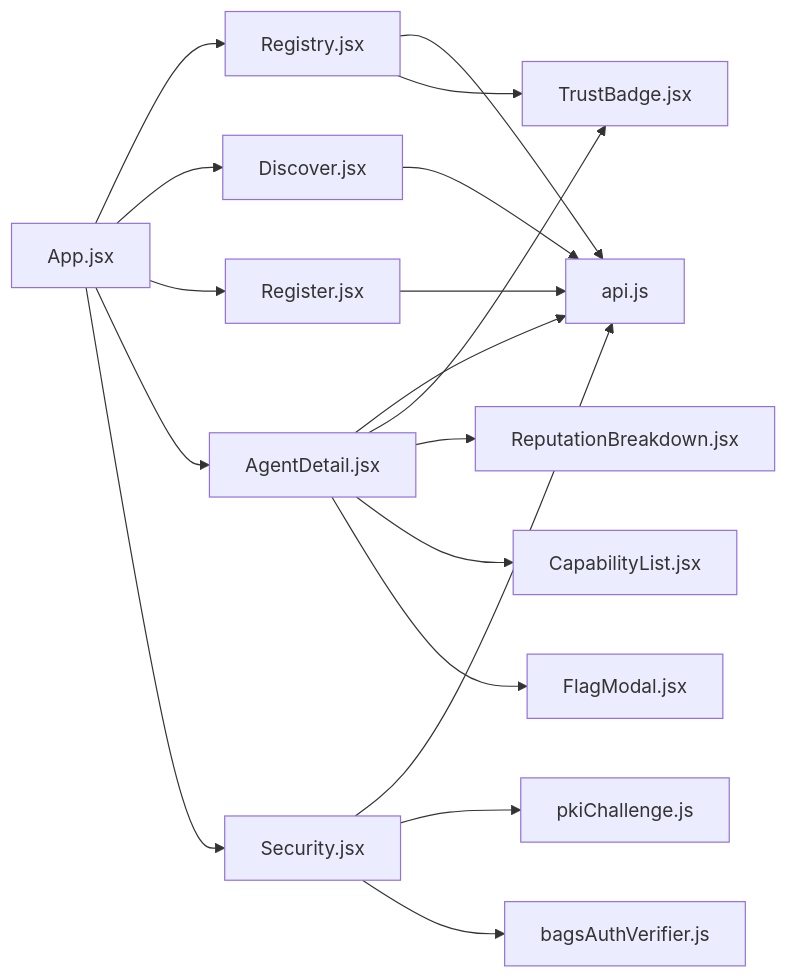
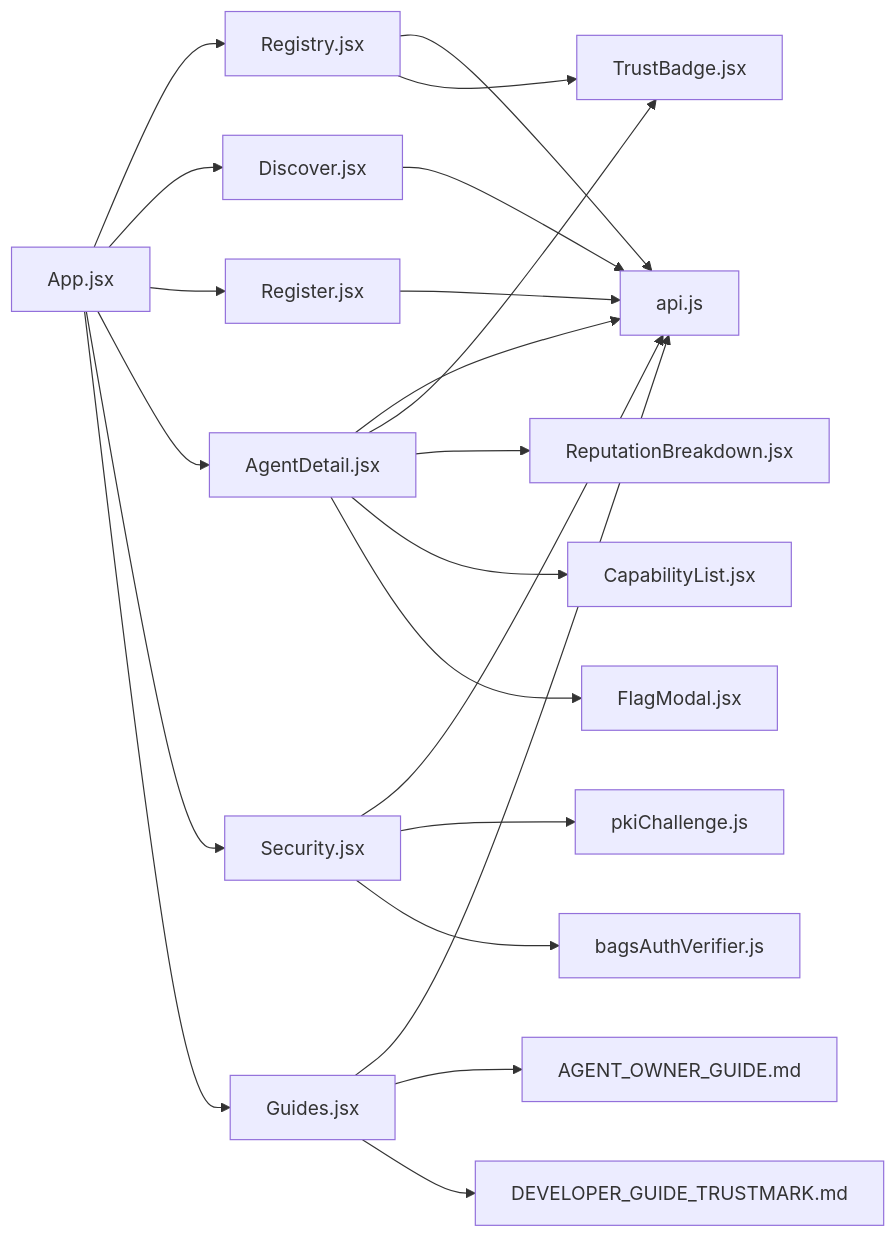
The ninth of 9 diagrams in .qoder/repowiki/en/content/Frontend Application/Page Components/Page Components.md (RunTimeAdmin/AgentID), drawn with Mermaid before and after one commit. The commit also changed other lines of this file and 17 other files, not shown here.

````diff
--- a/.qoder/repowiki/en/content/Frontend Application/Page Components/Page Components.md
+++ b/.qoder/repowiki/en/content/Frontend Application/Page Components/Page Components.md
@@ -467,20 +524,24 @@
 ```mermaid
 graph LR
 App["App.jsx"] --> Registry["Registry.jsx"]
 App --> Discover["Discover.jsx"]
 App --> Register["Register.jsx"]
 App --> AgentDetail["AgentDetail.jsx"]
 App --> Security["Security.jsx"]
+App --> Guides["Guides.jsx"]
 Registry --> API["api.js"]
 Discover --> API
 Register --> API
 AgentDetail --> API
 Security --> API
+Guides --> API
 AgentDetail --> TrustBadge["TrustBadge.jsx"]
 AgentDetail --> RepBreakdown["ReputationBreakdown.jsx"]
 AgentDetail --> CapList["CapabilityList.jsx"]
 AgentDetail --> FlagModal["FlagModal.jsx"]
 Registry --> TrustBadge
 Security --> PKIService["pkiChallenge.js"]
 Security --> BagsService["bagsAuthVerifier.js"]
+Guides --> OwnerGuide["AGENT_OWNER_GUIDE.md"]
+Guides --> DevGuide["DEVELOPER_GUIDE_TRUSTMARK.md"]
 ```
````
